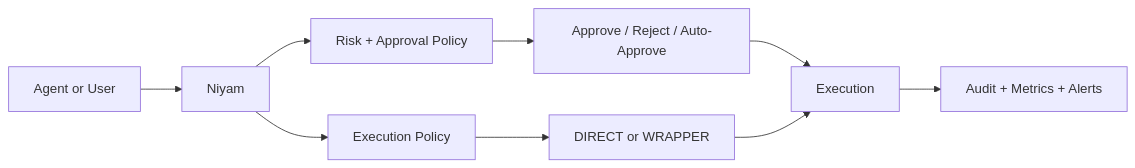
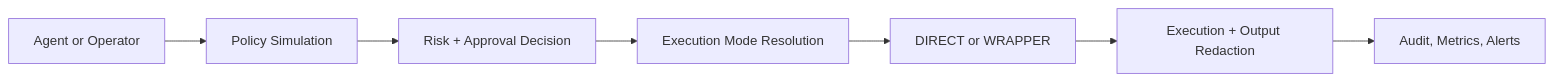
The diagram in README.md (prajjwalkumar17/Niyam), drawn with Mermaid before and after one commit. The commit also changed other lines of this file and 17 other files, not shown here.

````diff
--- a/README.md
+++ b/README.md
@@ -19,11 +47,9 @@
 ```mermaid
 flowchart LR
-    A["Agent or User"] --> B["Niyam"]
-    B --> C["Risk + Approval Policy"]
-    B --> D["Execution Policy"]
-    C --> E["Approve / Reject / Auto-Approve"]
-    D --> F["DIRECT or WRAPPER"]
-    E --> G["Execution"]
-    F --> G
-    G --> H["Audit + Metrics + Alerts"]
+    A["Agent or Operator"] --> B["Policy Simulation"]
+    B --> C["Risk + Approval Decision"]
+    C --> D["Execution Mode Resolution"]
+    D --> E["DIRECT or WRAPPER"]
+    E --> F["Execution + Output Redaction"]
+    F --> G["Audit, Metrics, Alerts"]
 ```
````
